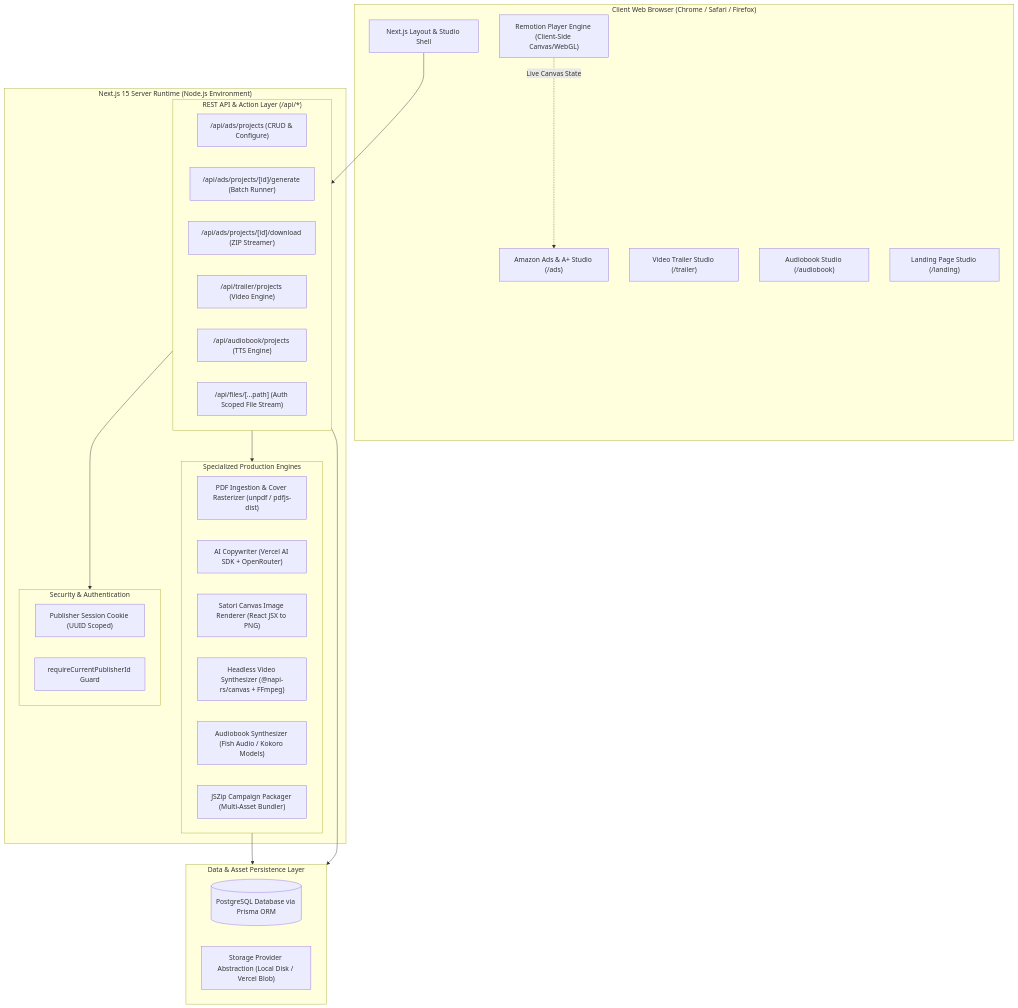
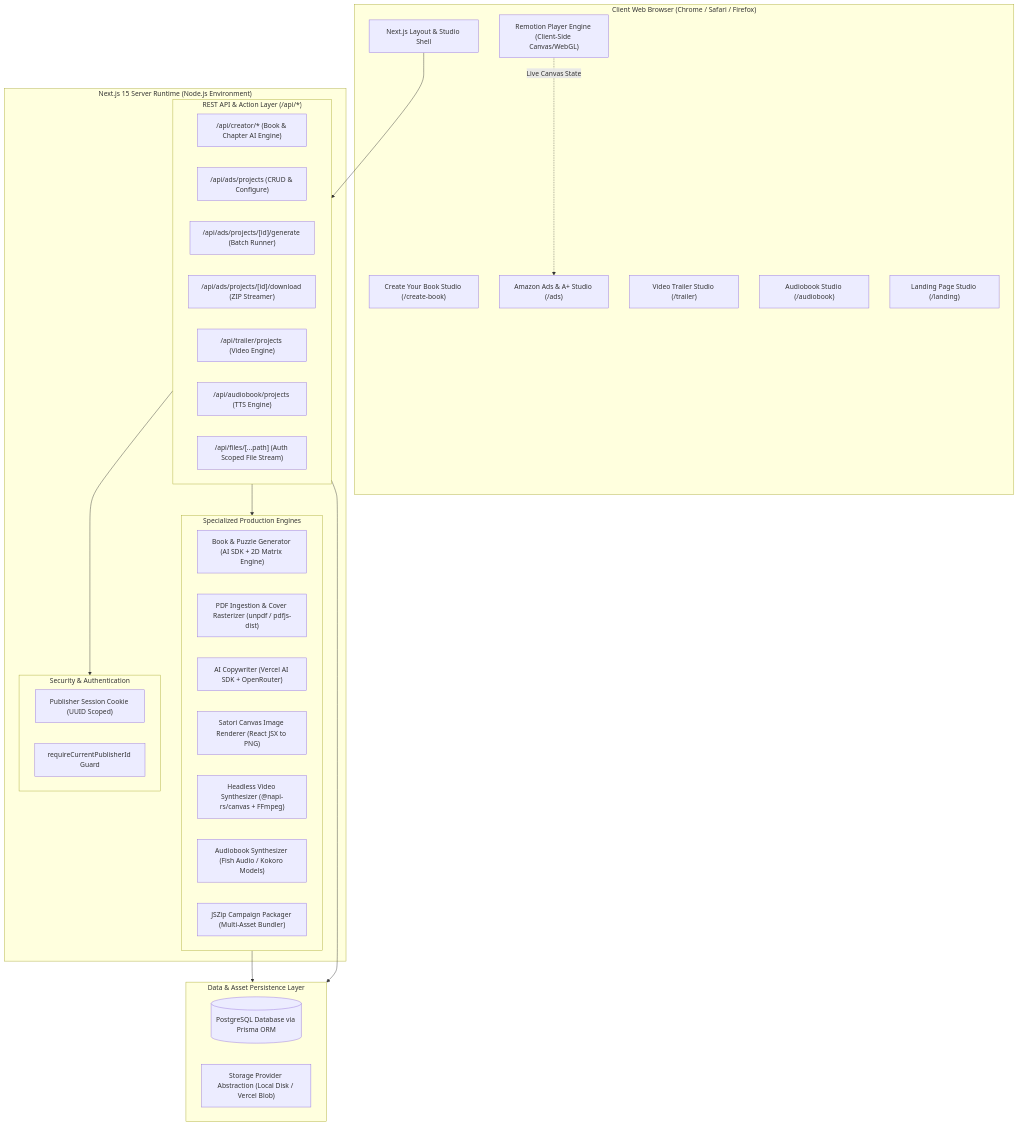
The first of 5 diagrams in ARCHITECTURE_AND_FEATURES.md (Vijendrapratap/Publisher_toolkit), drawn with Mermaid before and after one commit. The commit also changed other lines of this file and 24 other files, not shown here.

Commit message:
feat: add Create Your Book module, remove trailer from home page, support children stories, coloring books, word games, and chapter-by-chapter novels

````diff
--- a/ARCHITECTURE_AND_FEATURES.md
+++ b/ARCHITECTURE_AND_FEATURES.md
@@ -53,48 +55,51 @@
 ```mermaid
 flowchart TD
     subgraph ClientBrowser["Client Web Browser (Chrome / Safari / Firefox)"]
         UI_Shell["Next.js Layout & Studio Shell"]
+        UI_Creator["Create Your Book Studio (/create-book)"]
         UI_Ads["Amazon Ads & A+ Studio (/ads)"]
         UI_Trailer["Video Trailer Studio (/trailer)"]
         UI_Audio["Audiobook Studio (/audiobook)"]
         UI_Landing["Landing Page Studio (/landing)"]
         UI_RemotionPlayer["Remotion Player Engine (Client-Side Canvas/WebGL)"]
     end
 
     subgraph AppRouter["Next.js 15 Server Runtime (Node.js Environment)"]
         subgraph APIRoutes["REST API & Action Layer (/api/*)"]
+            API_Creator["/api/creator/* (Book & Chapter AI Engine)"]
             API_Projects["/api/ads/projects (CRUD & Configure)"]
             API_Generate["/api/ads/projects/[id]/generate (Batch Runner)"]
             API_Download["/api/ads/projects/[id]/download (ZIP Streamer)"]
             API_TrailerProjects["/api/trailer/projects (Video Engine)"]
             API_AudioProjects["/api/audiobook/projects (TTS Engine)"]
             API_Files["/api/files/[...path] (Auth Scoped File Stream)"]
         end
 
         subgraph CoreEngines["Specialized Production Engines"]
+            ENG_Creator["Book & Puzzle Generator (AI SDK + 2D Matrix Engine)"]
             ENG_Extract["PDF Ingestion & Cover Rasterizer (unpdf / pdfjs-dist)"]
             ENG_Copy["AI Copywriter (Vercel AI SDK + OpenRouter)"]
             ENG_Satori["Satori Canvas Image Renderer (React JSX to PNG)"]
             ENG_Video["Headless Video Synthesizer (@napi-rs/canvas + FFmpeg)"]
             ENG_TTS["Audiobook Synthesizer (Fish Audio / Kokoro Models)"]
             ENG_Packaging["JSZip Campaign Packager (Multi-Asset Bundler)"]
         end
 
         subgraph SecurityAuth["Security & Authentication"]
             AUTH_Cookie["Publisher Session Cookie (UUID Scoped)"]
             AUTH_Guard["requireCurrentPublisherId Guard"]
         end
     end
 
     subgraph DataStorage["Data & Asset Persistence Layer"]
         DB[(PostgreSQL Database via Prisma ORM)]
         STORAGE["Storage Provider Abstraction (Local Disk / Vercel Blob)"]
     end
 
     UI_Shell --> APIRoutes
     UI_RemotionPlayer -.->|Live Canvas State| UI_Ads
     APIRoutes --> SecurityAuth
     APIRoutes --> CoreEngines
     CoreEngines --> DataStorage
     APIRoutes --> DataStorage
 ```
````
